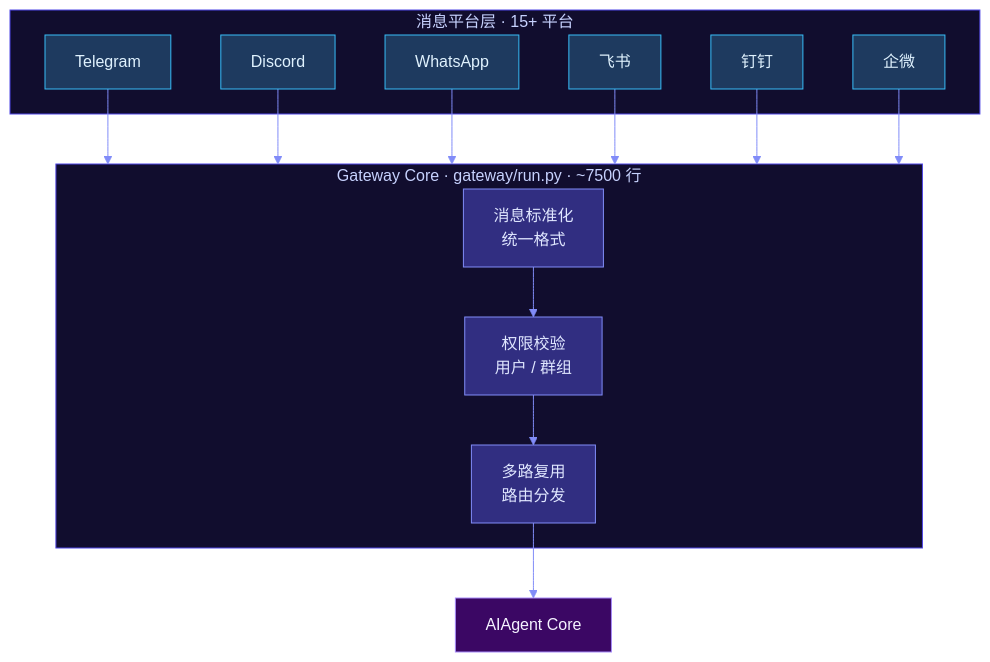
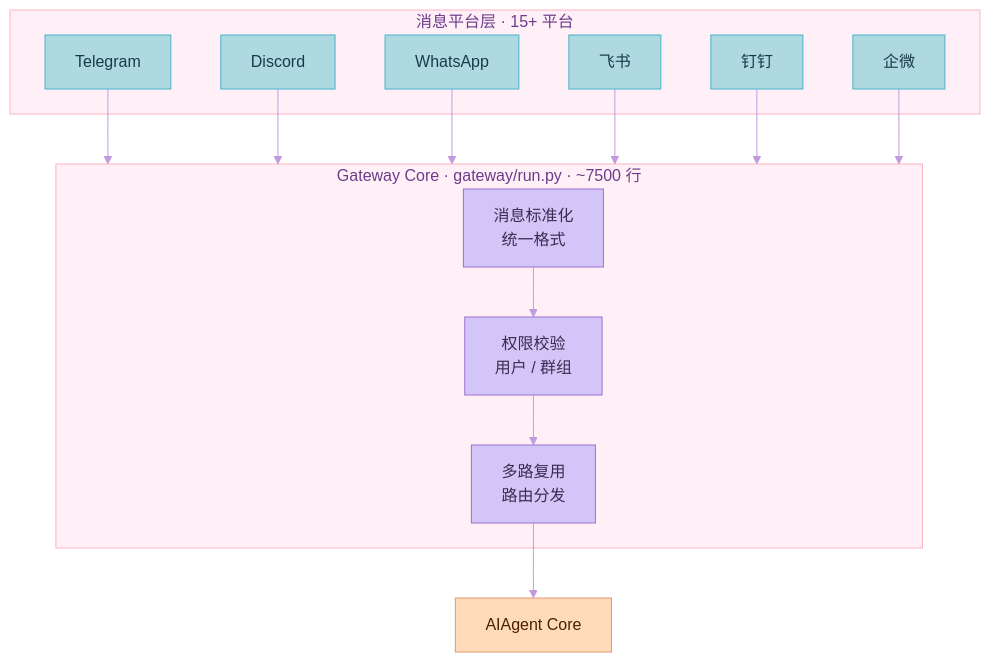
Before and after one commit to xuqi2024/xuqi2024.github.io: the third of 10 diagrams in source/_posts/2026-04-13-hermes-agent深度完全解读.md, drawn with Mermaid. The commit also changed other lines of this file and 3 other files, not shown here.

First line of the commit message:
style: 将所有 Mermaid 图表配色改为马卡龙色系，修复节点换行显示

````diff
--- a/source/_posts/2026-04-13-hermes-agent深度完全解读.md
+++ b/source/_posts/2026-04-13-hermes-agent深度完全解读.md
@@ -115,28 +115,28 @@
 ```mermaid
-%%{init: {'theme': 'base', 'themeVariables': {'primaryColor': '#1e1b4b', 'primaryTextColor': '#e0e7ff', 'primaryBorderColor': '#818cf8', 'lineColor': '#818cf8', 'secondaryColor': '#2e1065', 'tertiaryColor': '#0c3a4a', 'background': '#0a0914', 'mainBkg': '#1e1b4b', 'nodeBorder': '#818cf8', 'clusterBkg': '#110d2e', 'clusterBorder': '#4f46e5', 'titleColor': '#c7d2fe', 'edgeLabelBackground': '#1e1b4b'}}}%%
+%%{init: {'theme': 'base', 'themeVariables': {'primaryColor': '#FFB3C1', 'primaryTextColor': '#4A1942', 'primaryBorderColor': '#FF85A1', 'lineColor': '#C299E0', 'secondaryColor': '#C8E6C9', 'tertiaryColor': '#AED9E0', 'background': '#FFF8FB', 'mainBkg': '#FFB3C1', 'nodeBorder': '#FF85A1', 'clusterBkg': '#FFF0F7', 'clusterBorder': '#FFB3C1', 'titleColor': '#6D3B8C', 'edgeLabelBackground': '#FFF8FB'}}}%%
 flowchart TD
-    classDef platform fill:#1e3a5f,stroke:#38bdf8,color:#e0f2fe
-    classDef gw fill:#312e81,stroke:#818cf8,color:#e0e7ff
-    classDef agent fill:#3b0764,stroke:#a78bfa,color:#f5f3ff
+    classDef platform fill:#AED9E0,stroke:#48B2C8,color:#1A3A4A
+    classDef gw fill:#D4C5F9,stroke:#9B72CF,color:#3D2B4F
+    classDef agent fill:#FFDAB9,stroke:#E8956D,color:#4A2200
 
     subgraph PLAT["消息平台层 · 15+ 平台"]
         TG["Telegram"]:::platform
         DC["Discord"]:::platform
         WA["WhatsApp"]:::platform
         FS["飞书"]:::platform
         DD["钉钉"]:::platform
         QW["企微"]:::platform
     end
 
     subgraph GWC["Gateway Core · gateway/run.py · ~7500 行"]
-        N["消息标准化\n统一格式"]:::gw
-        P["权限校验\n用户 / 群组"]:::gw
-        R["多路复用\n路由分发"]:::gw
+        N["消息标准化<br/>统一格式"]:::gw
+        P["权限校验<br/>用户 / 群组"]:::gw
+        R["多路复用<br/>路由分发"]:::gw
         N --> P --> R
     end
 
     AGENT["AIAgent Core"]:::agent
 
     TG & DC & WA & FS & DD & QW --> GWC
     R --> AGENT
 ```
````
